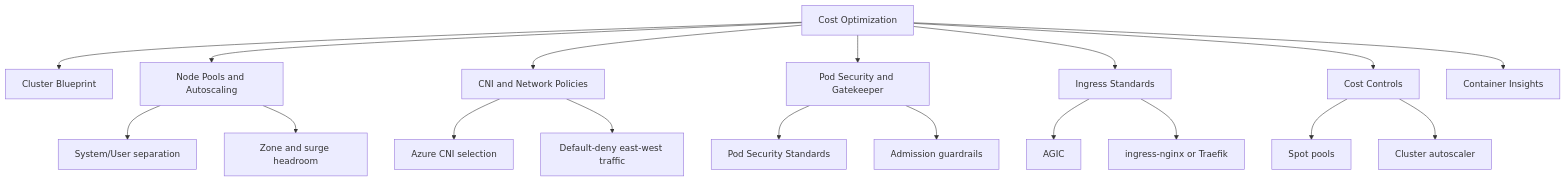
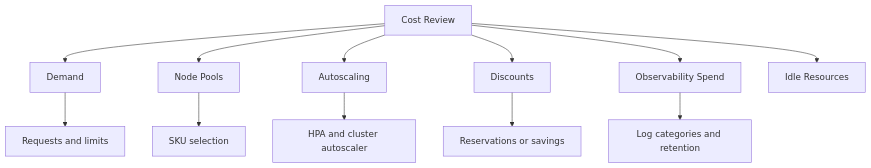
The diagram in docs/best-practices/cost-optimization.md (yeongseon/azure-kubernetes-service-practical-guide), drawn with Mermaid before and after one commit. The commit also changed other lines of this file and 8 other files, not shown here.

````diff
--- a/docs/best-practices/cost-optimization.md
+++ b/docs/best-practices/cost-optimization.md
@@ -32,20 +42,14 @@
 ```mermaid
 flowchart TD
-    A[Cost Optimization] --> B[Cluster Blueprint]
-    A --> C[Node Pools and Autoscaling]
-    A --> D[CNI and Network Policies]
-    A --> E[Pod Security and Gatekeeper]
-    A --> F[Ingress Standards]
-    A --> G[Cost Controls]
-    A --> H[Container Insights]
-    C --> C1[System/User separation]
-    C --> C2[Zone and surge headroom]
-    D --> D1[Azure CNI selection]
-    D --> D2[Default-deny east-west traffic]
-    E --> E1[Pod Security Standards]
-    E --> E2[Admission guardrails]
-    F --> F1[AGIC]
-    F --> F2[ingress-nginx or Traefik]
-    G --> G1[Spot pools]
-    G --> G2[Cluster autoscaler]
+    A[Cost Review] --> B[Demand]
+    A --> C[Node Pools]
+    A --> D[Autoscaling]
+    A --> E[Discounts]
+    A --> F[Observability Spend]
+    A --> G[Idle Resources]
+    B --> B1[Requests and limits]
+    C --> C1[SKU selection]
+    D --> D1[HPA and cluster autoscaler]
+    E --> E1[Reservations or savings]
+    F --> F1[Log categories and retention]
 ```
````
